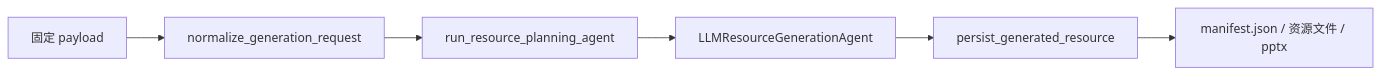
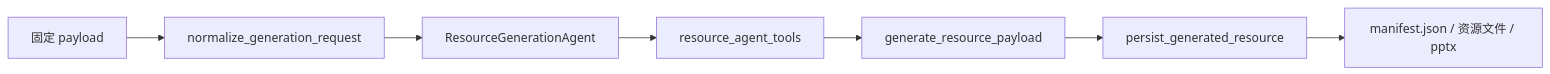
The diagram in docs/resource_generation_dev_doc.md (ChesterNotChest/LianJue_Backend), drawn with Mermaid before and after one commit. The commit also changed other lines of this file and 6 other files, not shown here.

````diff
--- a/docs/resource_generation_dev_doc.md
+++ b/docs/resource_generation_dev_doc.md
@@ -210,8 +241,9 @@
 ```mermaid
 flowchart LR
   A[固定 payload] --> B[normalize_generation_request]
-  B --> C[run_resource_planning_agent]
-  C --> D[LLMResourceGenerationAgent]
-  D --> E[persist_generated_resource]
-  E --> F[manifest.json / 资源文件 / pptx]
+  B --> C[ResourceGenerationAgent]
+  C --> D[resource_agent_tools]
+  D --> E[generate_resource_payload]
+  E --> F[persist_generated_resource]
+  F --> G[manifest.json / 资源文件 / pptx]
 ```
````
